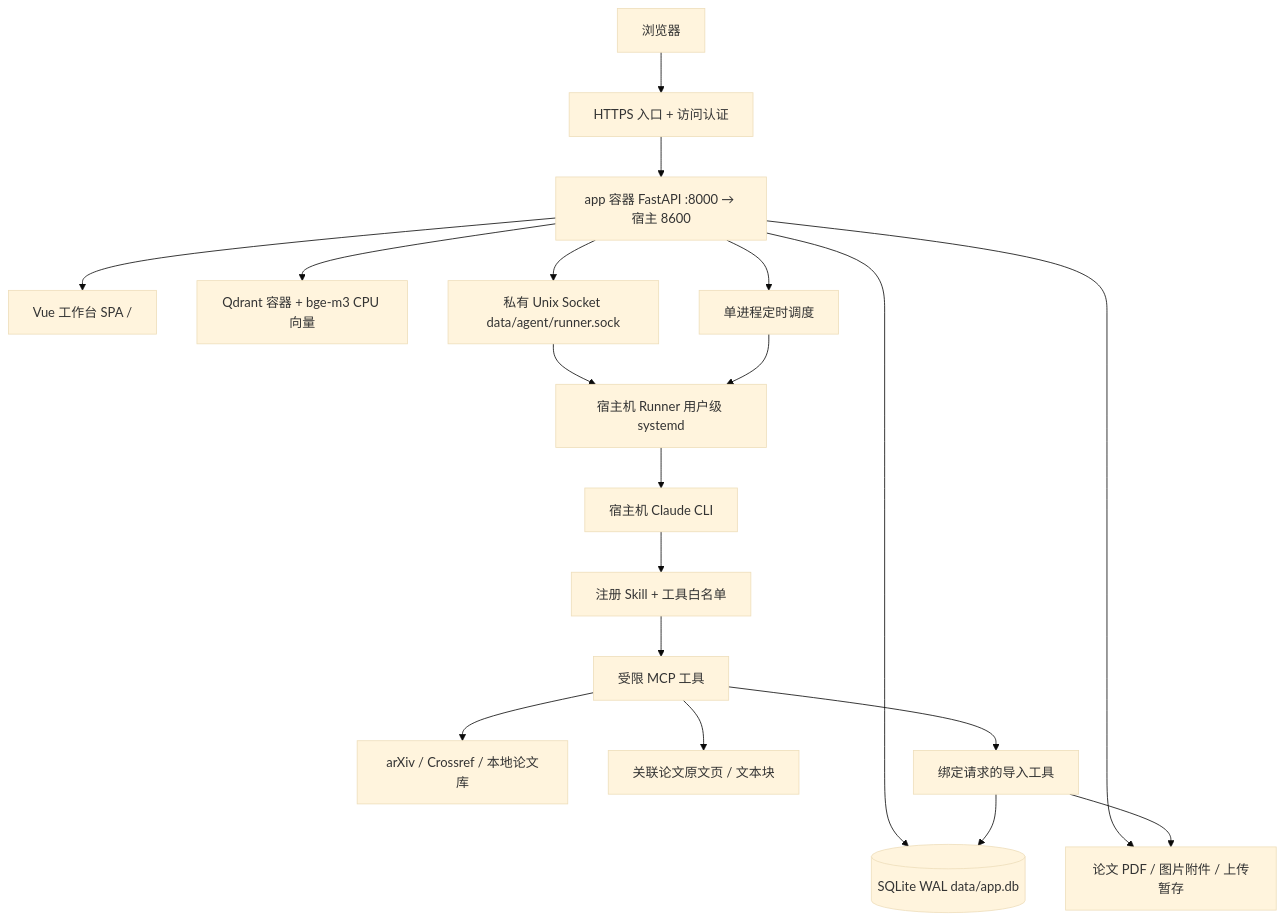
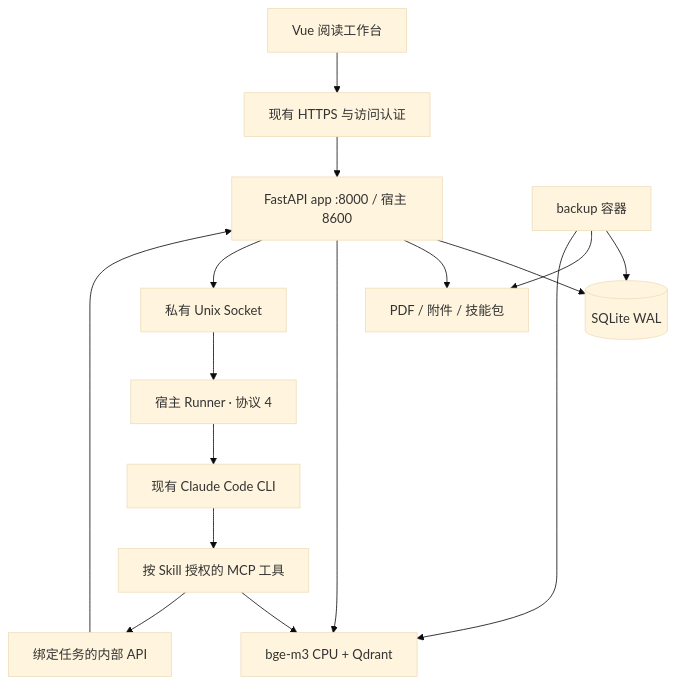
The diagram in docs/架构.md (FallrainKing/Firework), drawn with Mermaid (base theme) before and after one commit. The commit also changed other lines of this file and 27 other files, not shown here.

Commit message:
docs: consolidate project handbook architecture operations and skill extension

````diff
--- a/docs/架构.md
+++ b/docs/架构.md
@@ -31,21 +9,18 @@
 ```mermaid
-flowchart TB
-    User[浏览器] --> Access[HTTPS 入口 + 访问认证]
-    Access --> App[app 容器 FastAPI :8000 → 宿主 8600]
-    App --> SPA[Vue 工作台 SPA /]
-    App --> DB[(SQLite WAL data/app.db)]
-    App --> Files[论文 PDF / 图片附件 / 上传暂存]
-    App --> Qdrant[Qdrant 容器 + bge-m3 CPU 向量]
-    App --> Socket[私有 Unix Socket data/agent/runner.sock]
-    Socket --> Runner[宿主机 Runner 用户级 systemd]
-    Runner --> CLI[宿主机 Claude CLI]
-    CLI --> Skills[注册 Skill + 工具白名单]
-    Skills --> Tools[受限 MCP 工具]
-    Tools --> Search[arXiv / Crossref / 本地论文库]
-    Tools --> Evidence[关联论文原文页 / 文本块]
-    Tools --> Import[绑定请求的导入工具]
-    Import --> Files
-    Import --> DB
-    App --> Timer[单进程定时调度]
-    Timer --> Runner
+flowchart TD
+    Browser[Vue 阅读工作台] --> Access[现有 HTTPS 与访问认证]
+    Access --> App[FastAPI app :8000 / 宿主 8600]
+    App --> DB[(SQLite WAL)]
+    App --> Files[PDF / 附件 / 技能包]
+    App --> Retrieval[bge-m3 CPU + Qdrant]
+    App --> Socket[私有 Unix Socket]
+    Socket --> Runner[宿主 Runner · 协议 4]
+    Runner --> CLI[现有 Claude Code CLI]
+    CLI --> Tools[按 Skill 授权的 MCP 工具]
+    Tools --> Retrieval
+    Tools --> Internal[绑定任务的内部 API]
+    Internal --> App
+    Backup[backup 容器] --> DB
+    Backup --> Files
+    Backup --> Retrieval
 ```
````
